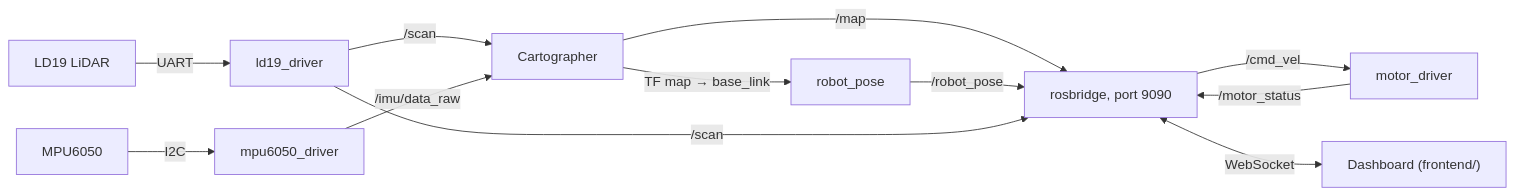
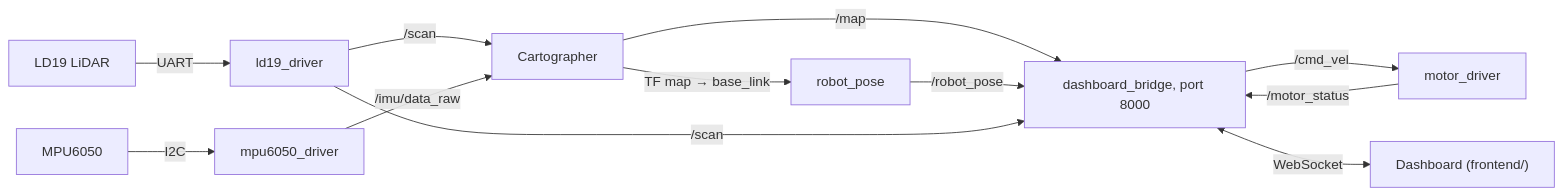
The diagram in edge/ROADMAP.md (matthewthomasbeck/Prowl), drawn with Mermaid before and after one commit. The commit also changed other lines of this file and 26 other files, not shown here.

First line of the commit message:
edge: dashboard bridge (Node.js ROS2 node) with a browser test page

````diff
--- a/edge/ROADMAP.md
+++ b/edge/ROADMAP.md
@@ -26,14 +26,14 @@
 ```mermaid
 flowchart LR
   lidar["LD19 LiDAR"] -->|UART| ld19["ld19_driver"]
   mpu["MPU6050"] -->|I2C| imu["mpu6050_driver"]
   ld19 -->|"/scan"| carto["Cartographer"]
   imu -->|"/imu/data_raw"| carto
-  carto -->|"/map"| bridge["rosbridge, port 9090"]
+  carto -->|"/map"| bridge["dashboard_bridge, port 8000"]
   carto -->|"TF map → base_link"| pose["robot_pose"]
   pose -->|"/robot_pose"| bridge
   ld19 -->|"/scan"| bridge
   motor["motor_driver"] -->|"/motor_status"| bridge
   bridge -->|"/cmd_vel"| motor
   bridge <-->|WebSocket| dash["Dashboard (frontend/)"]
 ```
````
